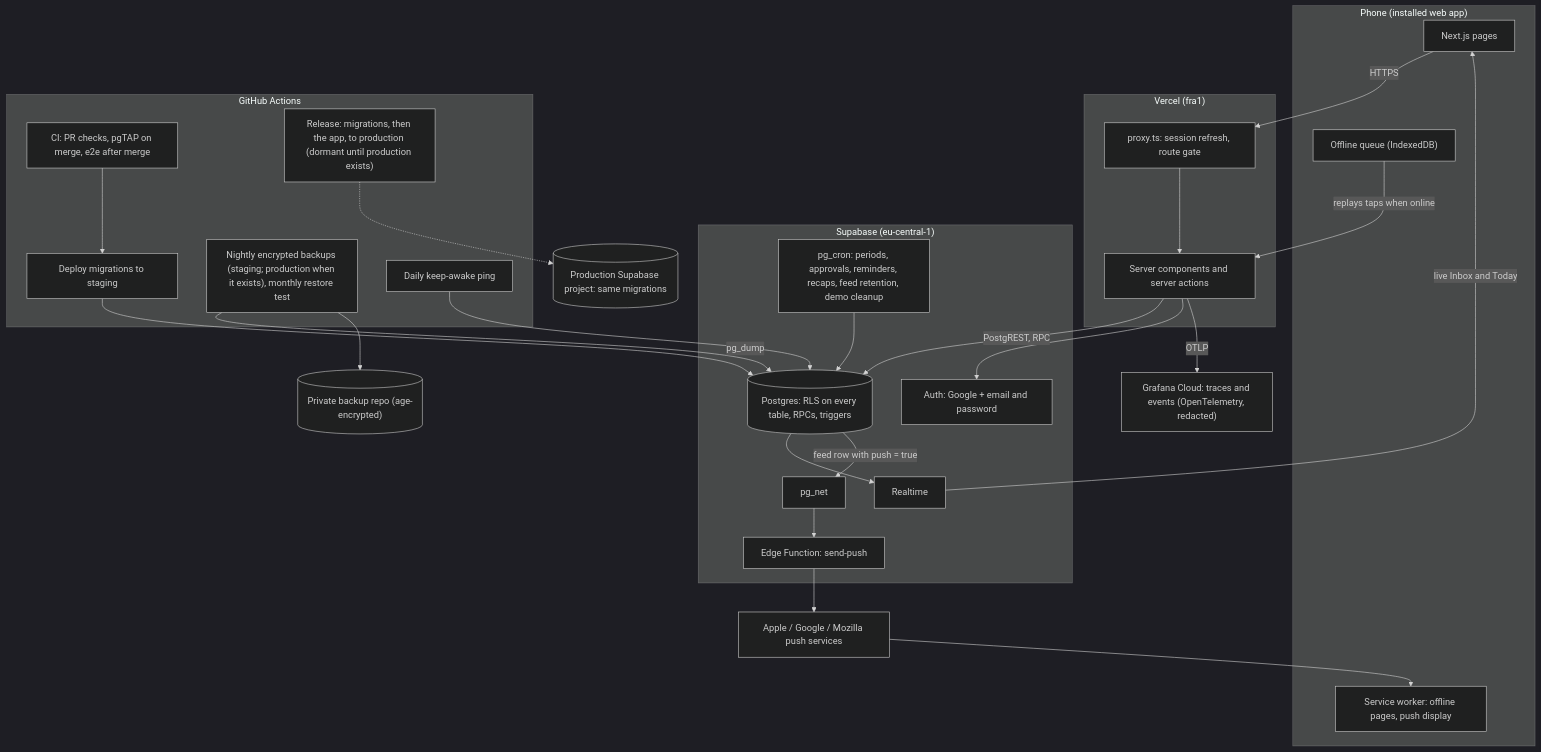
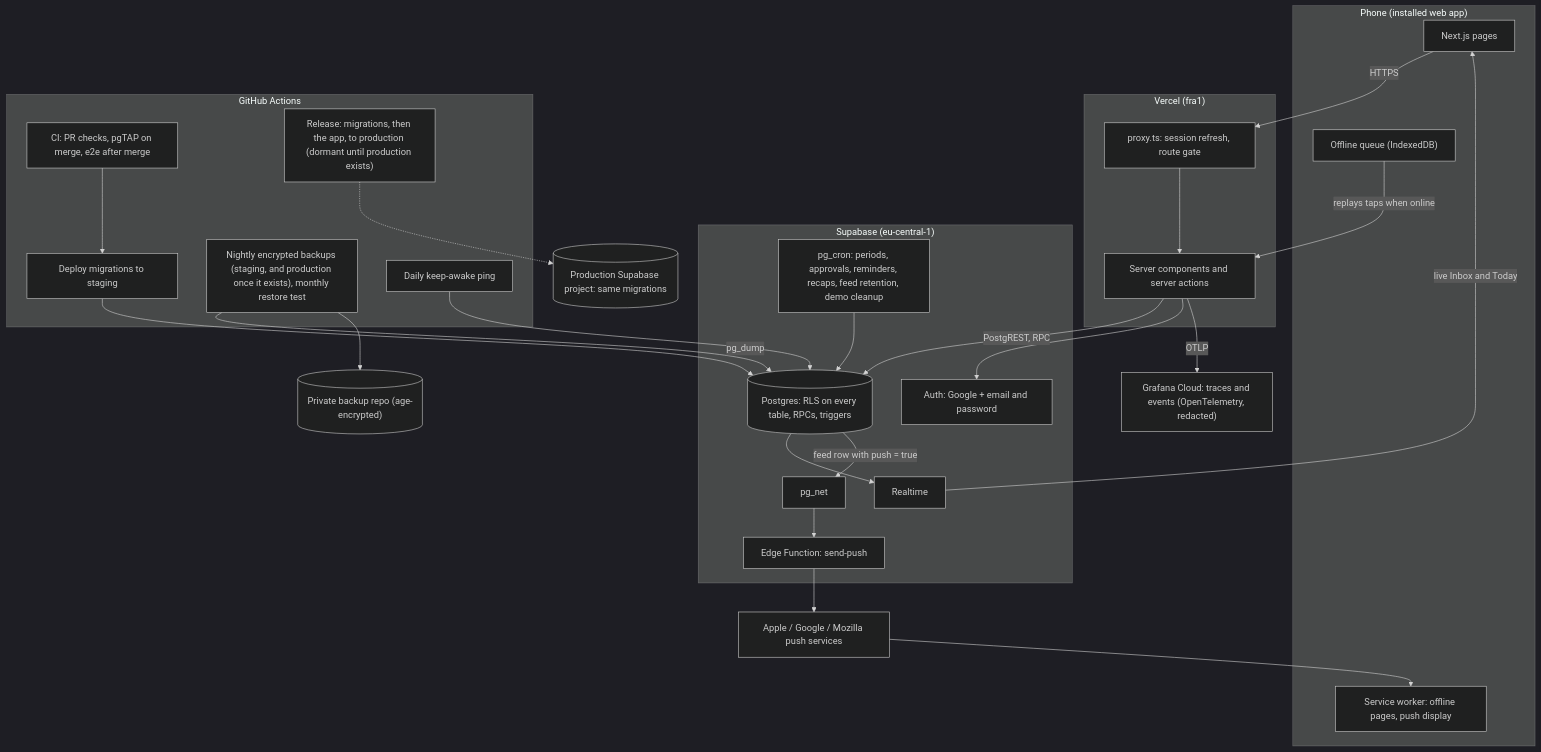
The first of 4 diagrams in docs/architecture.md (naum-4ik/keepup), drawn with Mermaid (dark theme) before and after one commit. The commit also changed other lines of this file and 1 other file, not shown here.

````diff
--- a/docs/architecture.md
+++ b/docs/architecture.md
@@ -7,43 +7,43 @@
 ```mermaid
 flowchart TB
     subgraph Phone["Phone (installed web app)"]
         UI["Next.js pages"]
         SW["Service worker: offline pages, push display"]
         Q["Offline queue (IndexedDB)"]
     end
     subgraph Vercel["Vercel (fra1)"]
         Proxy["proxy.ts: session refresh, route gate"]
         Fn["Server components and server actions"]
     end
     subgraph Supabase["Supabase (eu-central-1)"]
         Auth["Auth: Google + email and password"]
         PG[("Postgres: RLS on every table, RPCs, triggers")]
         RT["Realtime"]
         Cron["pg_cron: periods, approvals, reminders, recaps, feed retention, demo cleanup"]
         Net["pg_net"]
         Push["Edge Function: send-push"]
     end
     PushSvc["Apple / Google / Mozilla push services"]
     subgraph GitHub["GitHub Actions"]
         CI["CI: PR checks, pgTAP on merge, e2e after merge"]
         Deploy["Deploy migrations to staging"]
         Release["Release: migrations, then the app, to production (dormant until production exists)"]
-        Backup["Nightly encrypted backups (staging; production when it exists), monthly restore test"]
+        Backup["Nightly encrypted backups (staging, and production once it exists), monthly restore test"]
         Keep["Daily keep-awake ping"]
     end
     Vault[("Private backup repo (age-encrypted)")]
     Grafana["Grafana Cloud: traces and events (OpenTelemetry, redacted)"]
 
     UI -->|HTTPS| Proxy --> Fn -->|PostgREST, RPC| PG
     Fn --> Auth
     Q -->|replays taps when online| Fn
     PG --> RT -->|live Inbox and Today| UI
     Cron --> PG
     PG -->|feed row with push = true| Net --> Push --> PushSvc --> SW
     CI --> Deploy --> PG
     Release -.-> ProdDB[("Production Supabase project: same migrations")]
     Fn -->|OTLP| Grafana
     Backup -->|pg_dump| PG
     Backup --> Vault
     Keep --> PG
 ```
````
